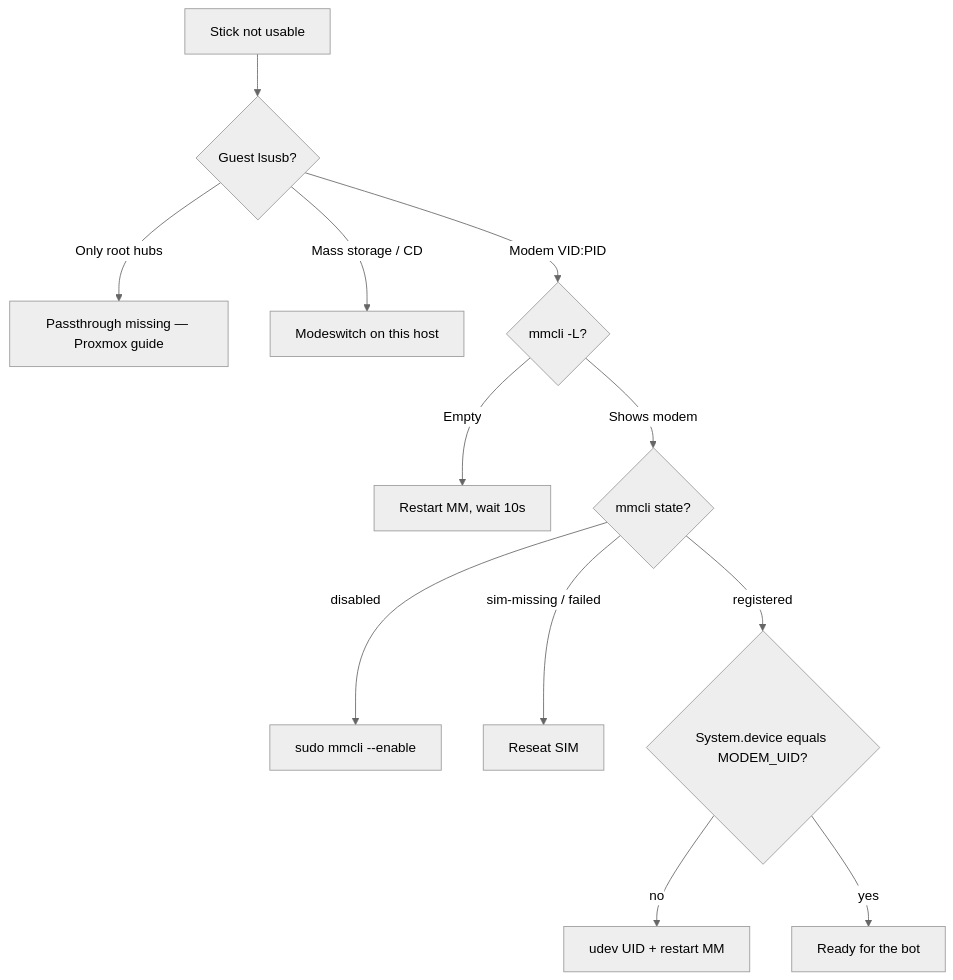
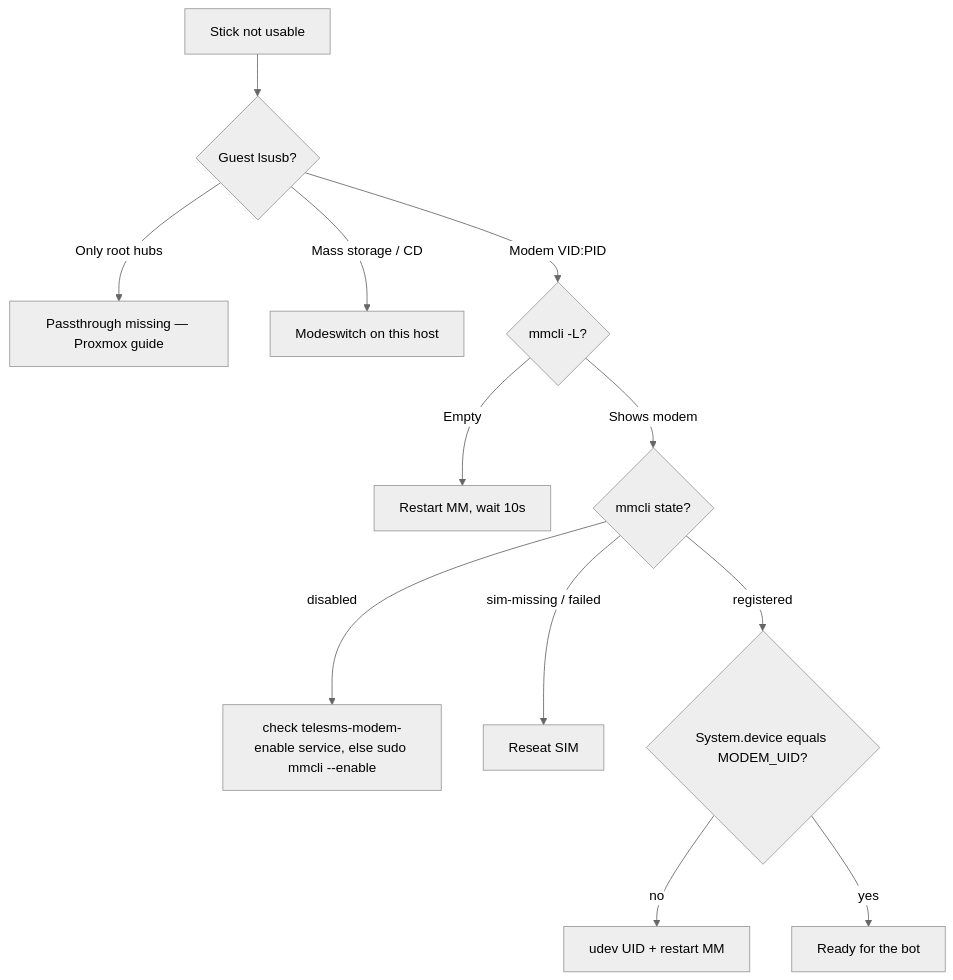
Before and after one commit to amir-yaghoubi/telesms-bot: the fourth of 4 diagrams in docs/ubuntu-modem-setup.md, drawn with Mermaid (neutral theme). The commit also changed other lines of this file and 3 other files, not shown here.

Commit message:
fix: auto-enable modem at boot via telesms-modem-enable service

````diff
--- a/docs/ubuntu-modem-setup.md
+++ b/docs/ubuntu-modem-setup.md
@@ -237,14 +243,14 @@
 ```mermaid
 flowchart TD
     Start[Stick not usable] --> Lsusb{Guest lsusb?}
     Lsusb -->|Only root hubs| PVE[Passthrough missing — Proxmox guide]
     Lsusb -->|Mass storage / CD| CD[Modeswitch on this host]
     Lsusb -->|Modem VID:PID| MM{mmcli -L?}
     MM -->|Empty| Wait[Restart MM, wait 10s]
     MM -->|Shows modem| State{mmcli state?}
-    State -->|disabled| En[sudo mmcli --enable]
+    State -->|disabled| En[check telesms-modem-enable service, else sudo mmcli --enable]
     State -->|sim-missing / failed| SIM[Reseat SIM]
     State -->|registered| UID{System.device equals MODEM_UID?}
     UID -->|no| Pin[udev UID + restart MM]
     UID -->|yes| OK[Ready for the bot]
 ```
````
